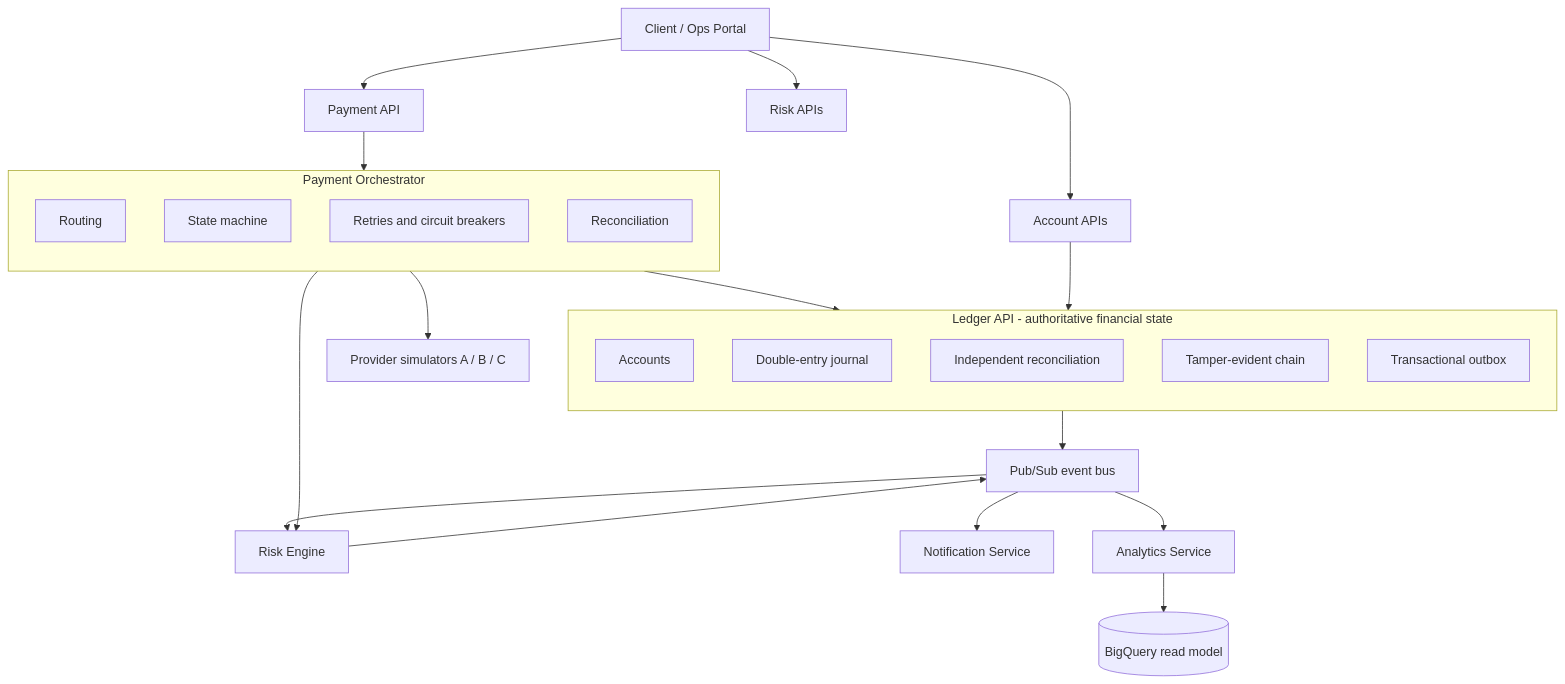
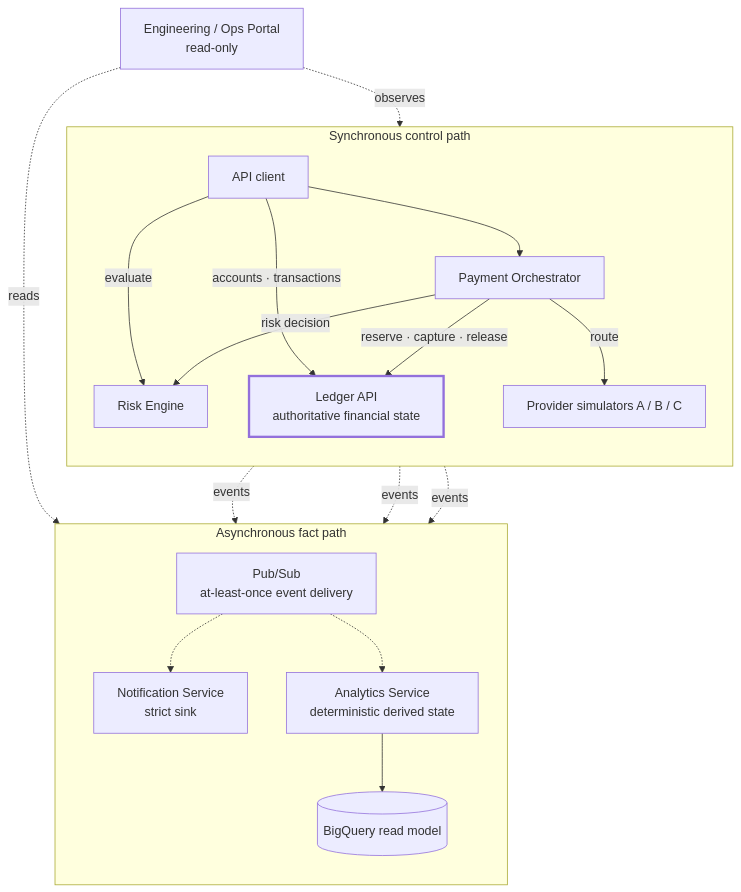
One commit to abdullahabduljabbarab/abs-financial-systems changed the diagram in README.md. Above: the diagram before and after it, drawn with Mermaid. The commit also changed other lines of this file and 26 other files, not shown here.

````diff
--- a/README.md
+++ b/README.md
@@ -15,40 +19,31 @@
 ```mermaid
-flowchart TD
-    P[Client / Ops Portal] --> ACC[Account APIs]
-    P --> PAY[Payment API]
-    P --> RSK[Risk APIs]
+flowchart TB
+    PORTAL["Engineering / Ops Portal<br/>read-only"]
 
-    PAY --> ORCH
-
-    subgraph ORCH [Payment Orchestrator]
+    subgraph SYNC["Synchronous control path"]
       direction TB
-      O1[Routing]
-      O2[State machine]
-      O3[Retries and circuit breakers]
-      O4[Reconciliation]
+      CLIENT["API client"] --> ORCH["Payment Orchestrator"]
+      ORCH -->|"risk decision"| RISK["Risk Engine"]
+      ORCH -->|"reserve · capture · release"| LEDGER["Ledger API<br/>authoritative financial state"]
+      ORCH -->|"route"| PROV["Provider simulators A / B / C"]
+      CLIENT -->|"accounts · transactions"| LEDGER
+      CLIENT -->|"evaluate"| RISK
     end
 
-    ORCH --> RE[Risk Engine]
-    ORCH --> PROV[Provider simulators A / B / C]
-
-    ORCH --> LED
-    ACC --> LED
-
-    subgraph LED [Ledger API - authoritative financial state]
+    subgraph ASYNC["Asynchronous fact path"]
       direction TB
-      L1[Accounts]
-      L2[Double-entry journal]
-      L3[Independent reconciliation]
-      L4[Tamper-evident chain]
-      L5[Transactional outbox]
+      BUS["Pub/Sub<br/>at-least-once event delivery"]
+      BUS -.-> NOTIF["Notification Service<br/>strict sink"]
+      BUS -.-> ANALYTICS["Analytics Service<br/>deterministic derived state"]
+      ANALYTICS --> BQ[("BigQuery read model")]
     end
 
-    LED --> BUS[Pub/Sub event bus]
-    RE --> BUS
+    LEDGER -.->|"events"| BUS
+    ORCH -.->|"events"| BUS
+    RISK -.->|"events"| BUS
 
-    BUS --> NOT[Notification Service]
-    BUS --> AN[Analytics Service]
-    BUS --> RE
+    PORTAL -.->|"observes"| ORCH
+    PORTAL -.->|"reads"| ANALYTICS
 
-    AN --> BQ[(BigQuery read model)]
+    style LEDGER stroke-width:3px
 ```
````
